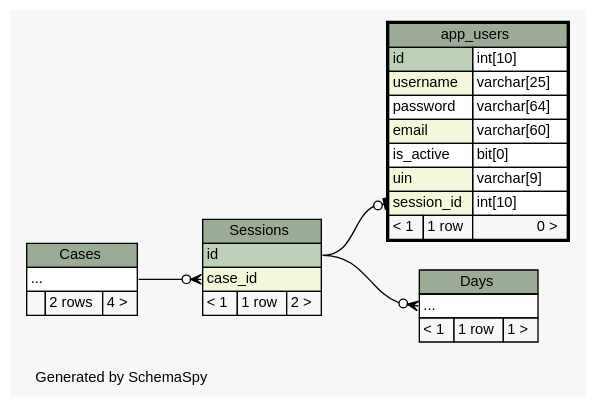
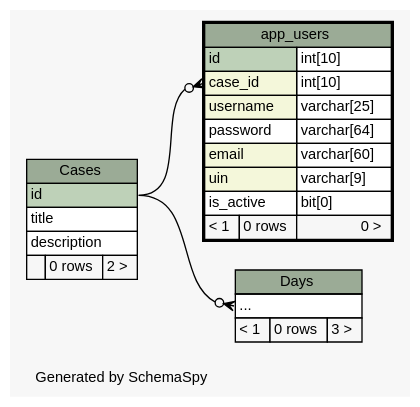
Before and after one commit to carrel2/CaseStudies: the diagram in web/files/schema/diagrams/app_users.2degrees.dot, drawn with Graphviz. The commit also changed 88 other files, not shown here.

```diff
--- a/web/files/schema/diagrams/app_users.2degrees.dot
+++ b/web/files/schema/diagrams/app_users.2degrees.dot
@@ -1,72 +1,62 @@
-// dot 2.38.0 on Linux 4.4.0-59-generic
+// dot 2.38.0 on Linux 4.4.0-62-generic
 // SchemaSpy rev 590
 digraph "twoDegreesRelationshipsDiagram" {
   graph [
     rankdir="RL"
     bgcolor="#f7f7f7"
     label="\nGenerated by SchemaSpy"
     labeljust="l"
     nodesep="0.18"
     ranksep="0.46"
     fontname="Helvetica"
     fontsize="11"
   ];
   node [
     fontname="Helvetica"
     fontsize="11"
     shape="plaintext"
   ];
   edge [
     arrowsize="0.8"
   ];
-  "app_users":"session_id":w -> "Sessions":"id":e [arrowhead=none dir=back arrowtail=teeodot];
-  "Days":"elipses":w -> "Sessions":"id":e [arrowhead=none dir=back arrowtail=crowodot];
-  "Sessions":"case_id":w -> "Cases":"elipses":e [arrowhead=none dir=back arrowtail=crowodot];
+  "app_users":"case_id":w -> "Cases":"id":e [arrowhead=none dir=back arrowtail=crowodot];
+  "Days":"elipses":w -> "Cases":"id":e [arrowhead=none dir=back arrowtail=crowodot];
   "app_users" [
     label=<
     <TABLE BORDER="2" CELLBORDER="1" CELLSPACING="0" BGCOLOR="#ffffff">
       <TR><TD COLSPAN="3" BGCOLOR="#9bab96" ALIGN="CENTER">app_users</TD></TR>
       <TR><TD PORT="id" COLSPAN="2" BGCOLOR="#bed1b8" ALIGN="LEFT">id</TD><TD PORT="id.type" ALIGN="LEFT">int[10]</TD></TR>
+      <TR><TD PORT="case_id" COLSPAN="2" BGCOLOR="#f4f7da" ALIGN="LEFT">case_id</TD><TD PORT="case_id.type" ALIGN="LEFT">int[10]</TD></TR>
       <TR><TD PORT="username" COLSPAN="2" BGCOLOR="#f4f7da" ALIGN="LEFT">username</TD><TD PORT="username.type" ALIGN="LEFT">varchar[25]</TD></TR>
       <TR><TD PORT="password" COLSPAN="2" ALIGN="LEFT">password</TD><TD PORT="password.type" ALIGN="LEFT">varchar[64]</TD></TR>
       <TR><TD PORT="email" COLSPAN="2" BGCOLOR="#f4f7da" ALIGN="LEFT">email</TD><TD PORT="email.type" ALIGN="LEFT">varchar[60]</TD></TR>
+      <TR><TD PORT="uin" COLSPAN="2" BGCOLOR="#f4f7da" ALIGN="LEFT">uin</TD><TD PORT="uin.type" ALIGN="LEFT">varchar[9]</TD></TR>
       <TR><TD PORT="is_active" COLSPAN="2" ALIGN="LEFT">is_active</TD><TD PORT="is_active.type" ALIGN="LEFT">bit[0]</TD></TR>
-      <TR><TD PORT="uin" COLSPAN="2" BGCOLOR="#f4f7da" ALIGN="LEFT">uin</TD><TD PORT="uin.type" ALIGN="LEFT">varchar[9]</TD></TR>
-      <TR><TD PORT="session_id" COLSPAN="2" BGCOLOR="#f4f7da" ALIGN="LEFT">session_id</TD><TD PORT="session_id.type" ALIGN="LEFT">int[10]</TD></TR>
-      <TR><TD ALIGN="LEFT" BGCOLOR="#f7f7f7">&lt; 1</TD><TD ALIGN="RIGHT" BGCOLOR="#f7f7f7">1 row</TD><TD ALIGN="RIGHT" BGCOLOR="#f7f7f7">0 &gt;</TD></TR>
+      <TR><TD ALIGN="LEFT" BGCOLOR="#f7f7f7">&lt; 1</TD><TD ALIGN="RIGHT" BGCOLOR="#f7f7f7">0 rows</TD><TD ALIGN="RIGHT" BGCOLOR="#f7f7f7">0 &gt;</TD></TR>
     </TABLE>>
     URL="app_users.html"
     tooltip="app_users"
   ];
   "Cases" [
     label=<
     <TABLE BORDER="0" CELLBORDER="1" CELLSPACING="0" BGCOLOR="#ffffff">
       <TR><TD COLSPAN="3" BGCOLOR="#9bab96" ALIGN="CENTER">Cases</TD></TR>
-      <TR><TD PORT="elipses" COLSPAN="3" ALIGN="LEFT">...</TD></TR>
-      <TR><TD ALIGN="LEFT" BGCOLOR="#f7f7f7">  </TD><TD ALIGN="RIGHT" BGCOLOR="#f7f7f7">2 rows</TD><TD ALIGN="RIGHT" BGCOLOR="#f7f7f7">4 &gt;</TD></TR>
+      <TR><TD PORT="id" COLSPAN="3" BGCOLOR="#bed1b8" ALIGN="LEFT">id</TD></TR>
+      <TR><TD PORT="title" COLSPAN="3" ALIGN="LEFT">title</TD></TR>
+      <TR><TD PORT="description" COLSPAN="3" ALIGN="LEFT">description</TD></TR>
+      <TR><TD ALIGN="LEFT" BGCOLOR="#f7f7f7">  </TD><TD ALIGN="RIGHT" BGCOLOR="#f7f7f7">0 rows</TD><TD ALIGN="RIGHT" BGCOLOR="#f7f7f7">2 &gt;</TD></TR>
     </TABLE>>
     URL="Cases.html"
     tooltip="Cases"
   ];
   "Days" [
     label=<
     <TABLE BORDER="0" CELLBORDER="1" CELLSPACING="0" BGCOLOR="#ffffff">
       <TR><TD COLSPAN="3" BGCOLOR="#9bab96" ALIGN="CENTER">Days</TD></TR>
       <TR><TD PORT="elipses" COLSPAN="3" ALIGN="LEFT">...</TD></TR>
-      <TR><TD ALIGN="LEFT" BGCOLOR="#f7f7f7">&lt; 1</TD><TD ALIGN="RIGHT" BGCOLOR="#f7f7f7">1 row</TD><TD ALIGN="RIGHT" BGCOLOR="#f7f7f7">1 &gt;</TD></TR>
+      <TR><TD ALIGN="LEFT" BGCOLOR="#f7f7f7">&lt; 1</TD><TD ALIGN="RIGHT" BGCOLOR="#f7f7f7">0 rows</TD><TD ALIGN="RIGHT" BGCOLOR="#f7f7f7">3 &gt;</TD></TR>
     </TABLE>>
     URL="Days.html"
     tooltip="Days"
   ];
-  "Sessions" [
-    label=<
-    <TABLE BORDER="0" CELLBORDER="1" CELLSPACING="0" BGCOLOR="#ffffff">
-      <TR><TD COLSPAN="3" BGCOLOR="#9bab96" ALIGN="CENTER">Sessions</TD></TR>
-      <TR><TD PORT="id" COLSPAN="3" BGCOLOR="#bed1b8" ALIGN="LEFT">id</TD></TR>
-      <TR><TD PORT="case_id" COLSPAN="3" BGCOLOR="#f4f7da" ALIGN="LEFT">case_id</TD></TR>
-      <TR><TD ALIGN="LEFT" BGCOLOR="#f7f7f7">&lt; 1</TD><TD ALIGN="RIGHT" BGCOLOR="#f7f7f7">1 row</TD><TD ALIGN="RIGHT" BGCOLOR="#f7f7f7">2 &gt;</TD></TR>
-    </TABLE>>
-    URL="Sessions.html"
-    tooltip="Sessions"
-  ];
 }
```
